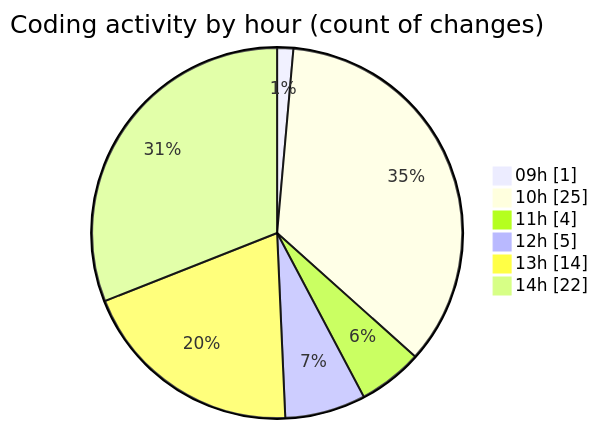
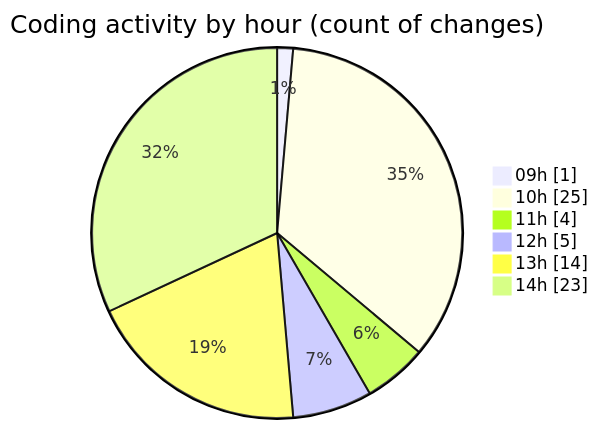
One commit to julien-gomy/code-tracking changed the second of 2 diagrams in 2025-11-17/eventscop-frontend-guide__workspace_/README.md. Above: the diagram before and after it, drawn with Mermaid. The commit also changed other lines of this file and 1 other file, not shown here.

````diff
--- a/2025-11-17/eventscop-frontend-guide__workspace_/README.md
+++ b/2025-11-17/eventscop-frontend-guide__workspace_/README.md
@@ -54,10 +54,10 @@
 ```mermaid
 pie showData
 title Coding activity by hour (count of changes)
 "09h" : 1
 "10h" : 25
 "11h" : 4
 "12h" : 5
 "13h" : 14
-"14h" : 22
+"14h" : 23
 ```
````
